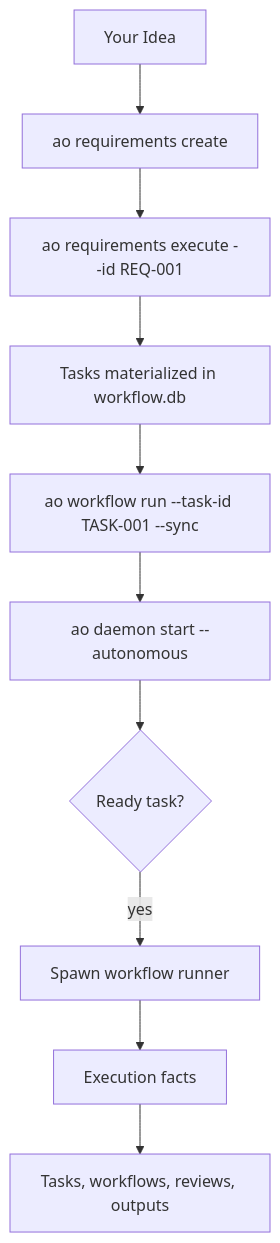
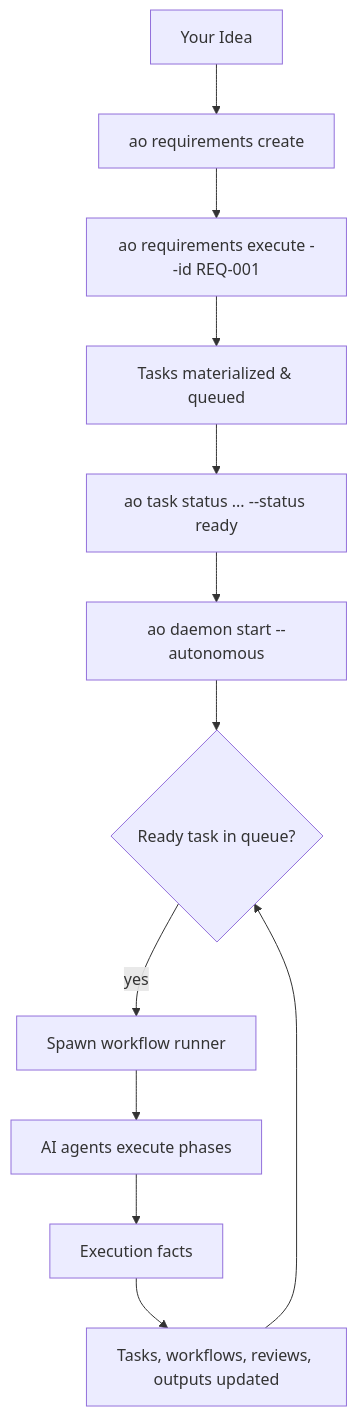
Before and after one commit to renakdata17/animus-cli: the diagram in docs/getting-started/typical-day.md, drawn with Mermaid. The commit also changed other lines of this file and 2 other files, not shown here.

````diff
--- a/docs/getting-started/typical-day.md
+++ b/docs/getting-started/typical-day.md
@@ -7,14 +7,16 @@
 ```mermaid
 flowchart TB
     IDEA["Your Idea"]
     --> REQ["ao requirements create"]
     --> EXECUTE["ao requirements execute --id REQ-001"]
-    --> TASKS["Tasks materialized in workflow.db"]
-    --> RUN["ao workflow run --task-id TASK-001 --sync"]
+    --> TASKS["Tasks materialized & queued"]
+    --> READY["ao task status ... --status ready"]
     --> DAEMON["ao daemon start --autonomous"]
 
-    DAEMON --> LOOP{"Ready task?"}
+    DAEMON --> LOOP{"Ready task in queue?"}
     LOOP -->|"yes"| WORKFLOW["Spawn workflow runner"]
-    WORKFLOW --> FACTS["Execution facts"]
-    FACTS --> STATE["Tasks, workflows, reviews, outputs"]
+    WORKFLOW --> RUNNER["AI agents execute phases"]
+    RUNNER --> FACTS["Execution facts"]
+    FACTS --> STATE["Tasks, workflows, reviews, outputs updated"]
+    STATE --> LOOP
 ```
````
